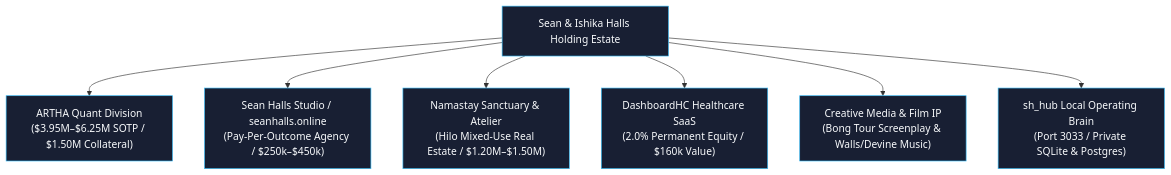
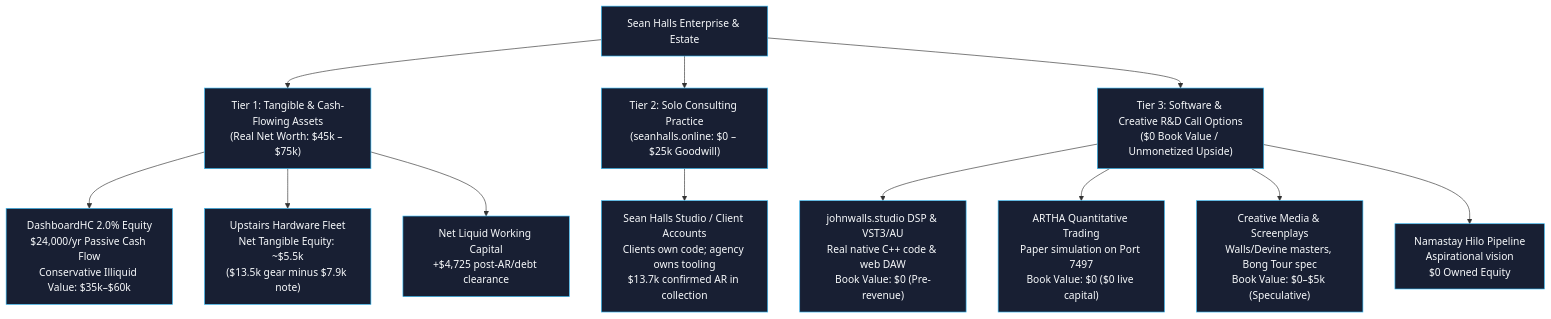
The diagram in docs/EMPIRE_ASSET_PORTFOLIO_AND_IP_REGISTRY.md (epiphanizer/johnwalls.studio), drawn with Mermaid before and after one commit. The commit also changed other lines of this file and 1 other file, not shown here.

Commit message:
docs: calibrate enterprise valuation and family asset summaries to grounded reality

````diff
--- a/docs/EMPIRE_ASSET_PORTFOLIO_AND_IP_REGISTRY.md
+++ b/docs/EMPIRE_ASSET_PORTFOLIO_AND_IP_REGISTRY.md
@@ -14,13 +14,21 @@
 ```mermaid
 graph TD
-    Parent["Sean & Ishika Halls Holding Estate"]
+    Parent["Sean Halls Enterprise & Estate"]
     
-    Parent --> Div1["ARTHA Quant Division<br/>($3.95M–$6.25M SOTP / $1.50M Collateral)"]
-    Parent --> Div2["Sean Halls Studio / seanhalls.online<br/>(Pay-Per-Outcome Agency / $250k–$450k)"]
-    Parent --> Div3["Namastay Sanctuary & Atelier<br/>(Hilo Mixed-Use Real Estate / $1.20M–$1.50M)"]
-    Parent --> Div4["DashboardHC Healthcare SaaS<br/>(2.0% Permanent Equity / $160k Value)"]
-    Parent --> Div5["Creative Media & Film IP<br/>(Bong Tour Screenplay & Walls/Devine Music)"]
-    Parent --> Div6["sh_hub Local Operating Brain<br/>(Port 3033 / Private SQLite & Postgres)"]
+    Parent --> Real["Tier 1: Tangible & Cash-Flowing Assets<br/>(Real Net Worth: $45k – $75k)"]
+    Parent --> Practice["Tier 2: Solo Consulting Practice<br/>(seanhalls.online: $0 – $25k Goodwill)"]
+    Parent --> RND["Tier 3: Software & Creative R&D Call Options<br/>($0 Book Value / Unmonetized Upside)"]
+
+    Real --> DHC["DashboardHC 2.0% Equity<br/>$24,000/yr Passive Cash Flow<br/>Conservative Illiquid Value: $35k–$60k"]
+    Real --> Gear["Upstairs Hardware Fleet<br/>Net Tangible Equity: ~$5.5k<br/>($13.5k gear minus $7.9k note)"]
+    Real --> Cash["Net Liquid Working Capital<br/>+$4,725 post-AR/debt clearance"]
+
+    Practice --> Studio["Sean Halls Studio / Client Accounts<br/>Clients own code; agency owns tooling<br/>$13.7k confirmed AR in collection"]
+
+    RND --> JWS["johnwalls.studio DSP & VST3/AU<br/>Real native C++ code & web DAW<br/>Book Value: $0 (Pre-revenue)"]
+    RND --> ARTHA["ARTHA Quantitative Trading<br/>Paper simulation on Port 7497<br/>Book Value: $0 ($0 live capital)"]
+    RND --> Media["Creative Media & Screenplays<br/>Walls/Devine masters, Bong Tour spec<br/>Book Value: $0–$5k (Speculative)"]
+    RND --> Hilo["Namastay Hilo Pipeline<br/>Aspirational vision<br/>$0 Owned Equity"]
 
     classDef default fill:#181f33,stroke:#38bdf8,stroke-width:1px,color:#f8fafc;
 ```
````
